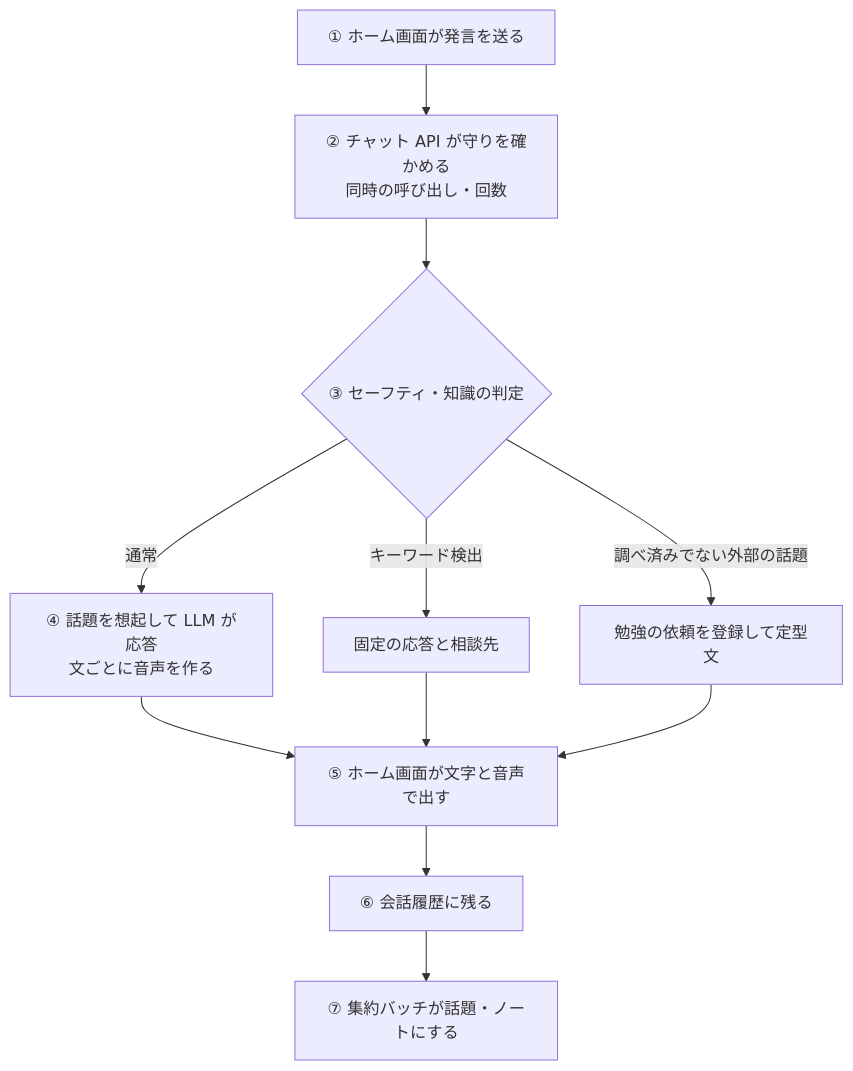
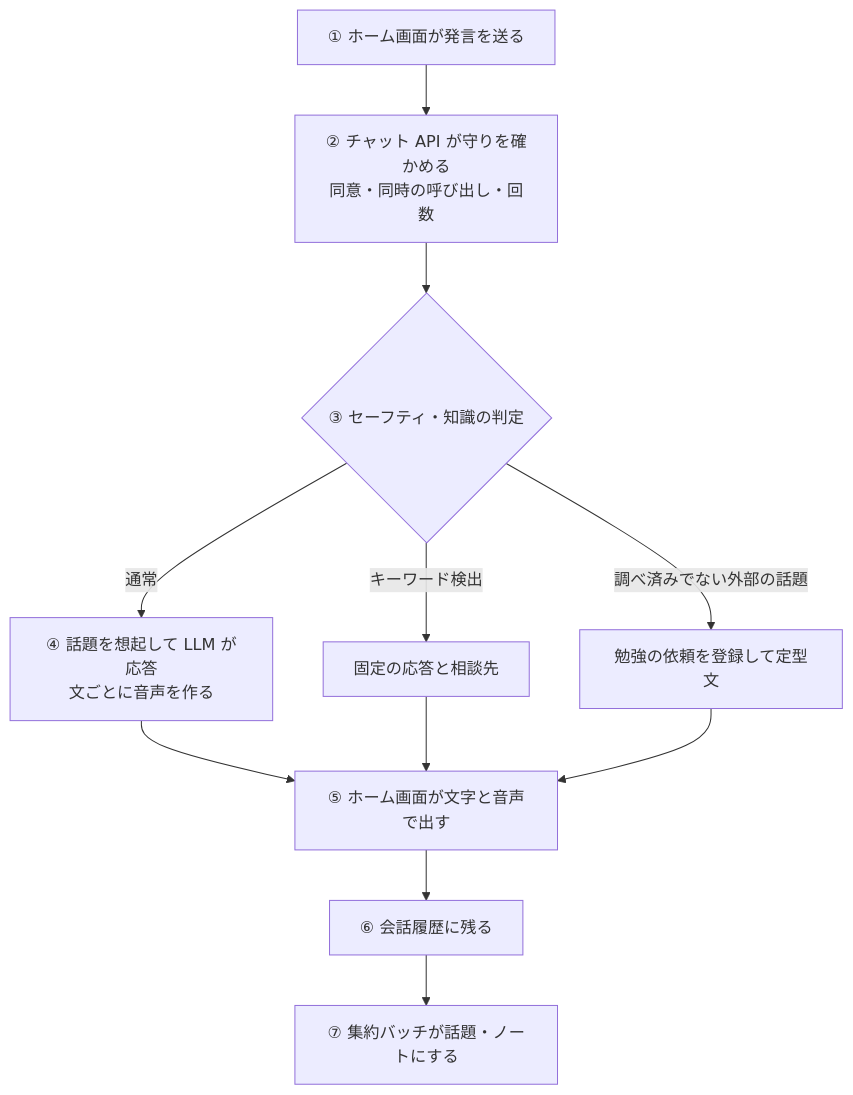
Before and after one commit to nagiyu/nagiyu-platform: the first of 2 diagrams in docs/specs/livetalk/flow/conversation.md, drawn with Mermaid. The commit also changed other lines of this file and 5 other files, not shown here.

````diff
--- a/docs/specs/livetalk/flow/conversation.md
+++ b/docs/specs/livetalk/flow/conversation.md
@@ -31,13 +31,13 @@
 ```mermaid
 flowchart TD
-    A[① ホーム画面が発言を送る] --> B[② チャット API が守りを確かめる<br/>同時の呼び出し・回数]
+    A[① ホーム画面が発言を送る] --> B[② チャット API が守りを確かめる<br/>同意・同時の呼び出し・回数]
     B --> C{③ セーフティ・知識の判定}
     C -->|キーワード検出| S[固定の応答と相談先]
     C -->|調べ済みでない外部の話題| T[勉強の依頼を登録して定型文]
     C -->|通常| D[④ 話題を想起して LLM が応答<br/>文ごとに音声を作る]
     D --> E[⑤ ホーム画面が文字と音声で出す]
     S --> E
     T --> E
     E --> F[⑥ 会話履歴に残る]
     F --> G[⑦ 集約バッチが話題・ノートにする]
 ```
````
